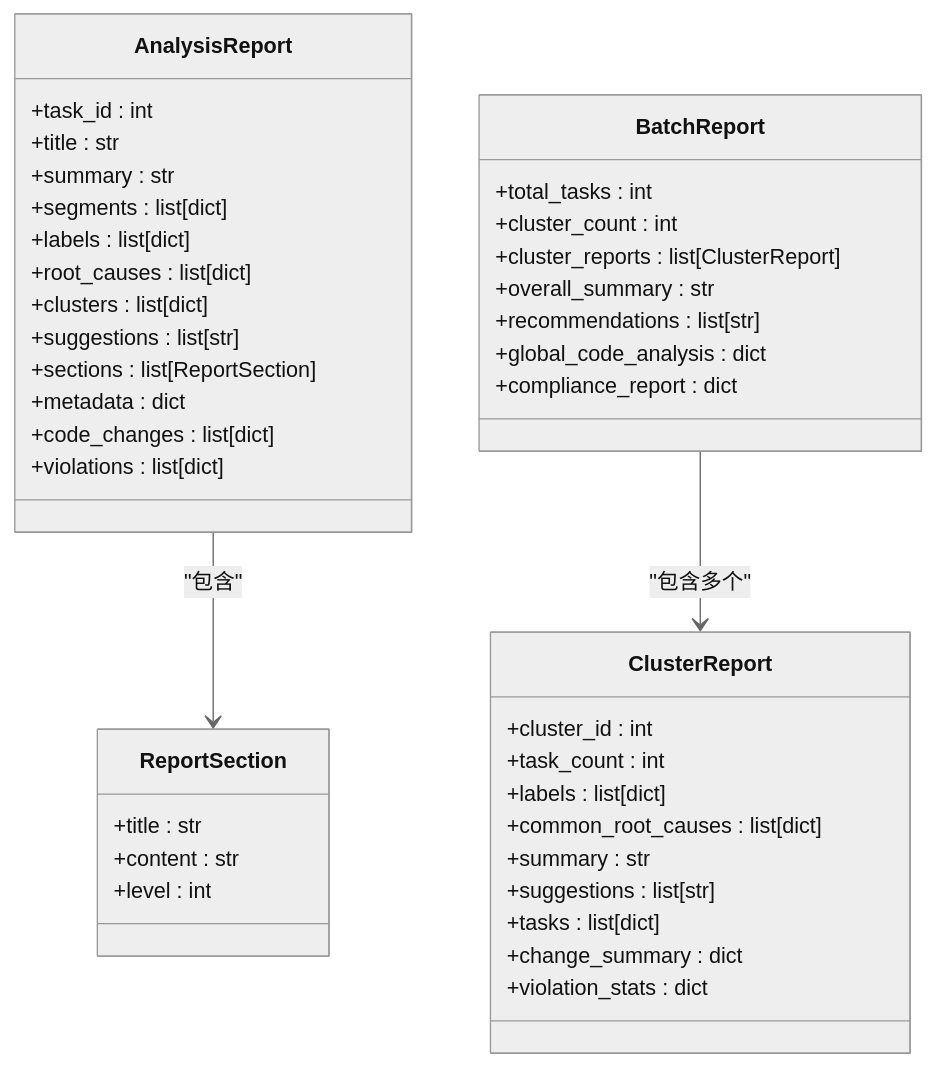
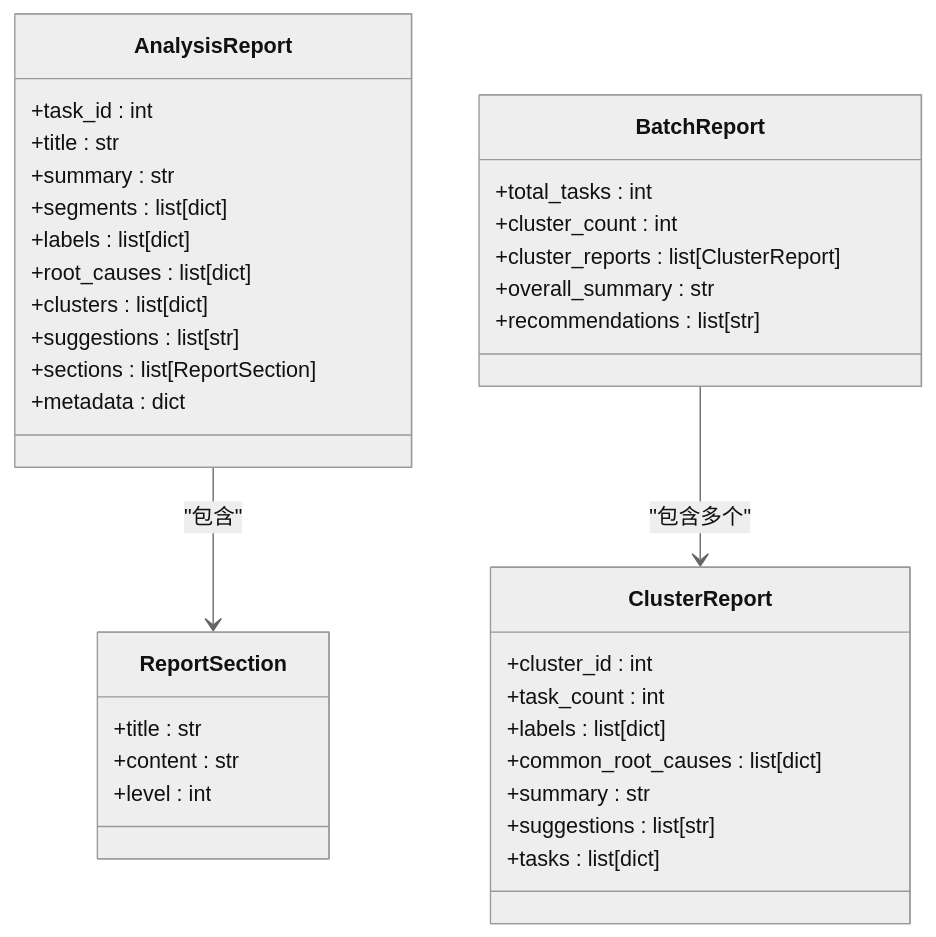
One commit to boyingliu01/fault-review-analyzer changed the fourth of 7 diagrams in .qoder/repowiki/zh/content/可视化系统/报告生成系统.md. Above: the diagram before and after it, drawn with Mermaid (neutral theme). The commit also changed other lines of this file and 125 other files, not shown here.

````diff
--- a/.qoder/repowiki/zh/content/可视化系统/报告生成系统.md
+++ b/.qoder/repowiki/zh/content/可视化系统/报告生成系统.md
@@ -269,44 +221,38 @@
 ```mermaid
 classDiagram
 class AnalysisReport {
 +task_id : int
 +title : str
 +summary : str
 +segments : list[dict]
 +labels : list[dict]
 +root_causes : list[dict]
 +clusters : list[dict]
 +suggestions : list[str]
 +sections : list[ReportSection]
 +metadata : dict
-+code_changes : list[dict]
-+violations : list[dict]
 }
 class ClusterReport {
 +cluster_id : int
 +task_count : int
 +labels : list[dict]
 +common_root_causes : list[dict]
 +summary : str
 +suggestions : list[str]
 +tasks : list[dict]
-+change_summary : dict
-+violation_stats : dict
 }
 class BatchReport {
 +total_tasks : int
 +cluster_count : int
 +cluster_reports : list[ClusterReport]
 +overall_summary : str
 +recommendations : list[str]
-+global_code_analysis : dict
-+compliance_report : dict
 }
 class ReportSection {
 +title : str
 +content : str
 +level : int
 }
 AnalysisReport --> ReportSection : "包含"
 BatchReport --> ClusterReport : "包含多个"
 ```
````
